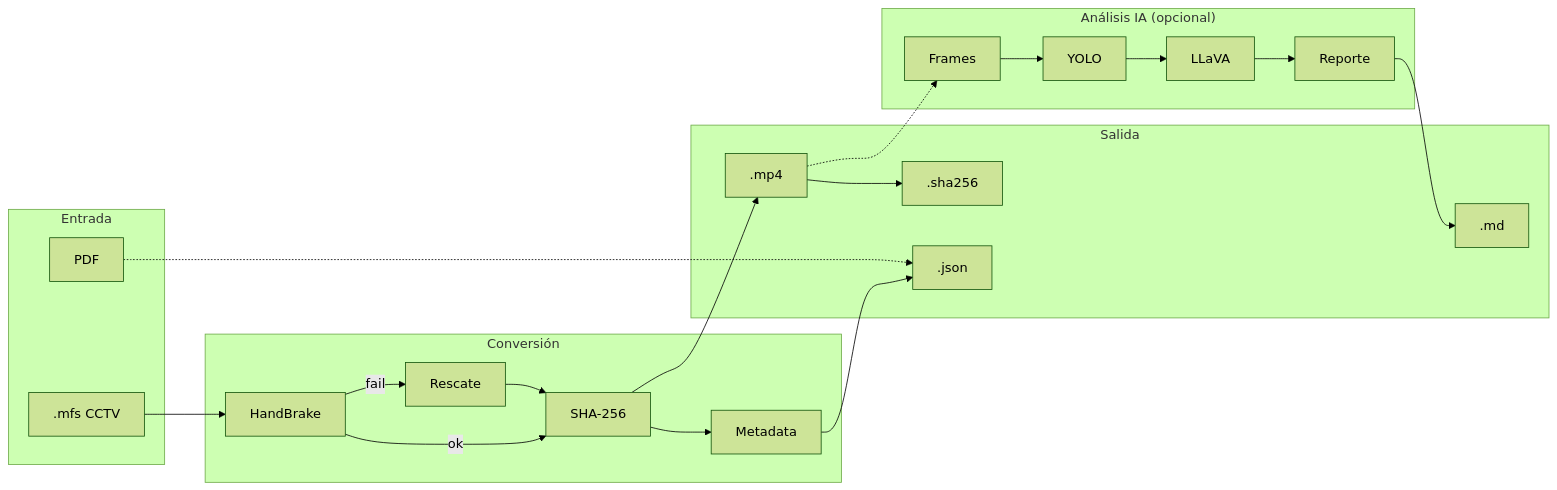
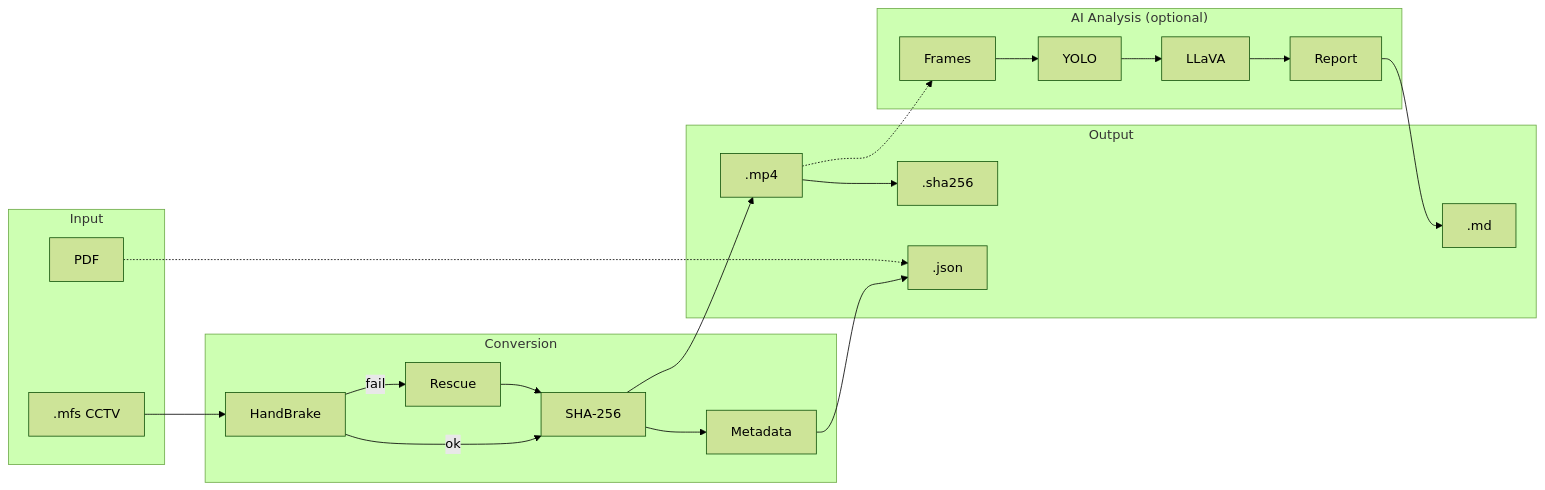
One commit to matzalazar/vigilant changed the first of 3 diagrams in README.md. Above: the diagram before and after it, drawn with Mermaid (forest theme). The commit also changed other lines of this file and 34 other files, not shown here.

````diff
--- a/README.md
+++ b/README.md
@@ -12,38 +16,38 @@
 ```mermaid
 graph LR
-    subgraph IN["Entrada"]
+    subgraph IN["Input"]
         MFS[.mfs CCTV]
         PDF[PDF]
     end
 
-    subgraph CONV["Conversión"]
+    subgraph CONV["Conversion"]
         HB[HandBrake]
-        RES[Rescate]
+        RES[Rescue]
         HASH[SHA-256]
         META[Metadata]
     end
 
-    subgraph AI["Análisis IA (opcional)"]
+    subgraph AI["AI Analysis (optional)"]
         FR[Frames]
         YO[YOLO]
         LL[LLaVA]
-        RP[Reporte]
+        RP[Report]
     end
 
-    subgraph OUT["Salida"]
+    subgraph OUT["Output"]
         MP4[.mp4]
         SHA[.sha256]
         JSON[.json]
         MD[.md]
     end
 
     MFS --> HB
     HB -->|ok| HASH
     HB -->|fail| RES --> HASH
     HASH --> META
     HASH --> MP4 --> SHA
     META --> JSON
     PDF -.-> JSON
 
     MP4 -.-> FR --> YO --> LL --> RP --> MD
 ```
````
